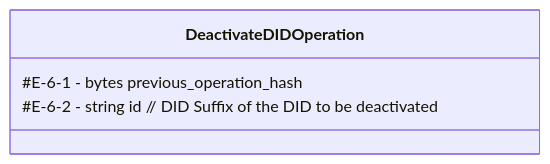
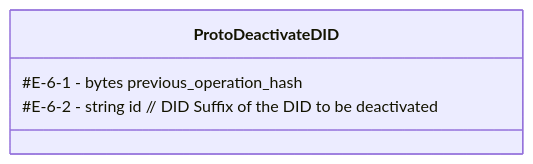
One commit to hyperledger-identus/prism-vdr-driver changed the seventh of 11 diagrams in prism-vdr-specification.md. Above: the diagram before and after it, drawn with Mermaid. The commit also changed other lines of this file, not shown here.

Commit message:
cleanup proto files & minor improvements

````diff
--- a/prism-vdr-specification.md
+++ b/prism-vdr-specification.md
@@ -360,6 +360,6 @@
 ```mermaid
 classDiagram
-class DeactivateDIDOperation
-DeactivateDIDOperation : #E-6-1 - bytes previous_operation_hash
-DeactivateDIDOperation : #E-6-2 - string id // DID Suffix of the DID to be deactivated
+class ProtoDeactivateDID
+ProtoDeactivateDID : #E-6-1 - bytes previous_operation_hash
+ProtoDeactivateDID : #E-6-2 - string id // DID Suffix of the DID to be deactivated
 ```
````
